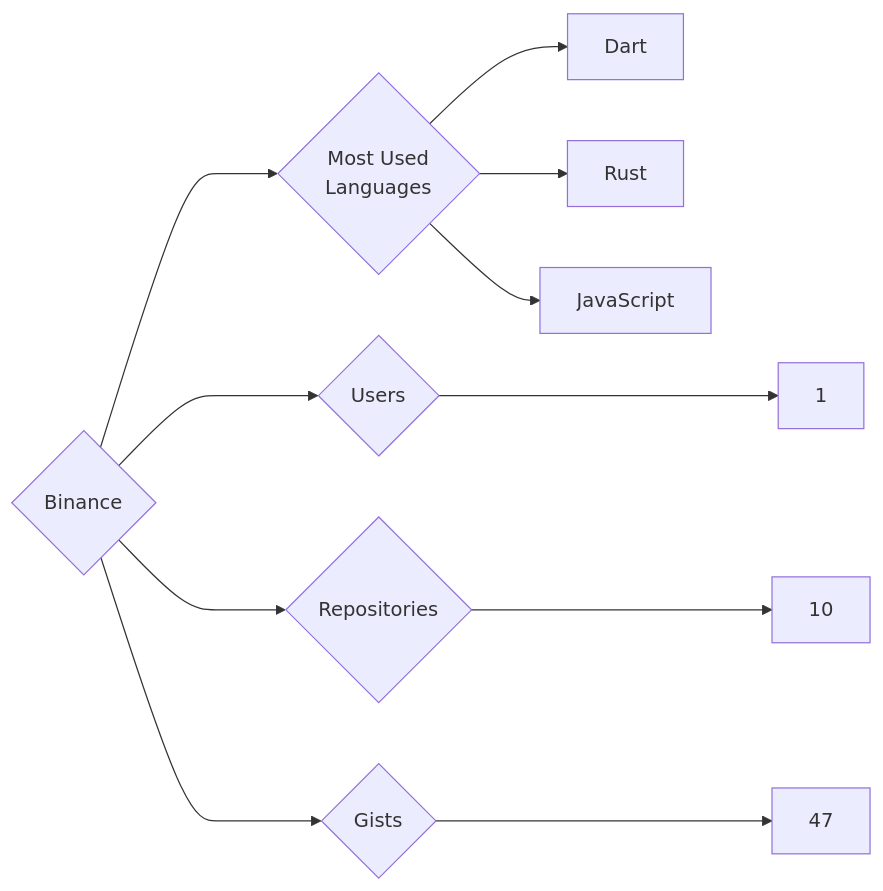
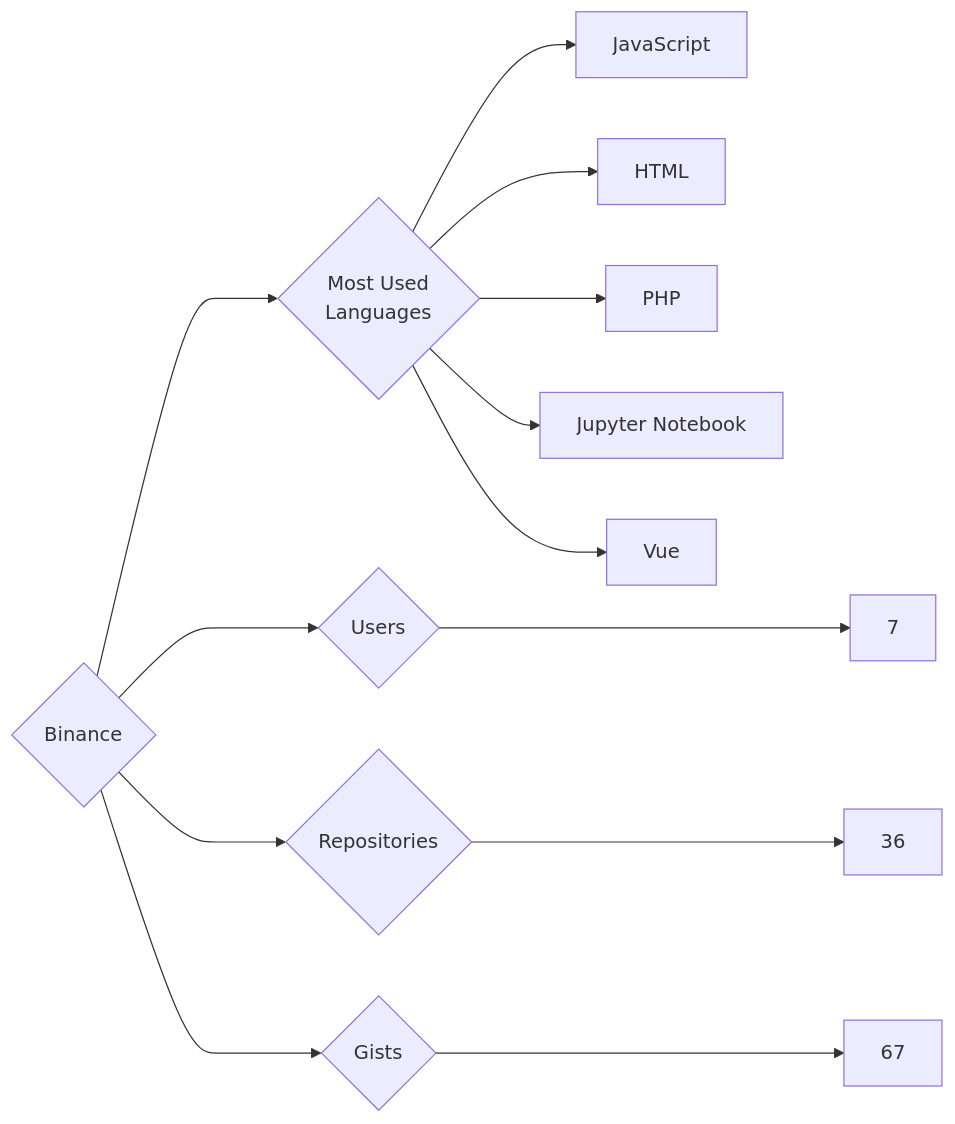
The diagram in targets/Binance/README.md (trickest/insiders), drawn with Mermaid before and after one commit. The commit also changed 1149 other files, not shown here.

````diff
--- a/targets/Binance/README.md
+++ b/targets/Binance/README.md
@@ -3,11 +3,13 @@
 ```mermaid
 graph LR
 COMPANY_NAME{Binance}
-COMPANY_NAME ---> U{Users} ---> UN[1]
-COMPANY_NAME ---> R{Repositories} ---> RN[10]
-COMPANY_NAME ---> G{Gists} ---> GN[47]
+COMPANY_NAME ---> U{Users} ---> UN[7]
+COMPANY_NAME ---> R{Repositories} ---> RN[36]
+COMPANY_NAME ---> G{Gists} ---> GN[67]
 COMPANY_NAME ---> ML{Most Used<br>Languages}
-ML --> Dart[Dart]
-ML --> Rust[Rust]
 ML --> JavaScript[JavaScript]
+ML --> HTML[HTML]
+ML --> PHP[PHP]
+ML --> Jupyter_Notebook[Jupyter Notebook]
+ML --> Vue[Vue]
 ```
````
